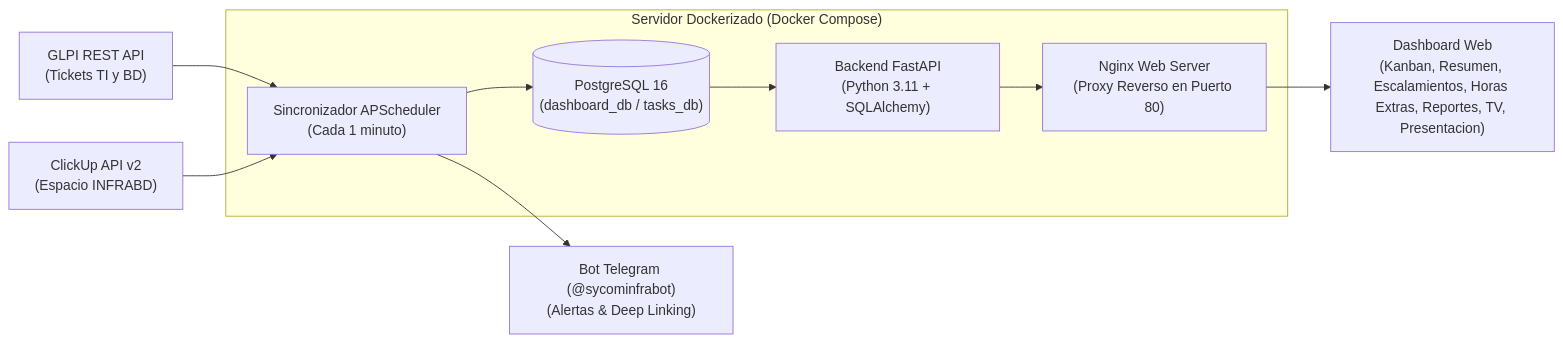
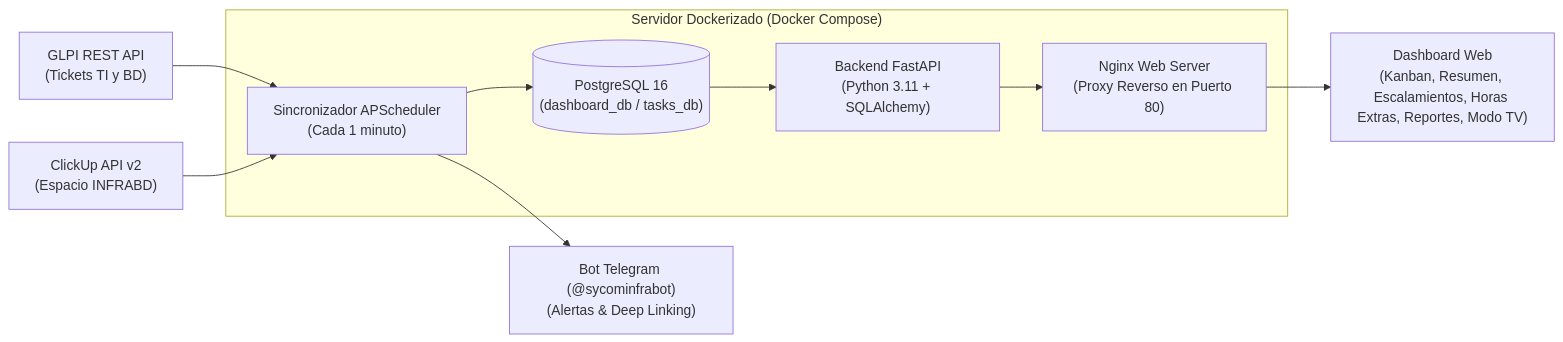
The diagram in README.md (JuanFZ/infra-agenda), drawn with Mermaid before and after one commit. The commit also changed other lines of this file and 4 other files, not shown here.

````diff
--- a/README.md
+++ b/README.md
@@ -32,14 +31,14 @@
 ```mermaid
 flowchart LR
     GLPI["GLPI REST API<br>(Tickets TI y BD)"] --> SYNC
     CU["ClickUp API v2<br>(Espacio INFRABD)"] --> SYNC
     
     subgraph Docker ["Servidor Dockerizado (Docker Compose)"]
         SYNC["Sincronizador APScheduler<br>(Cada 1 minuto)"] --> DB[("PostgreSQL 16<br>(dashboard_db / tasks_db)")]
         DB --> API["Backend FastAPI<br>(Python 3.11 + SQLAlchemy)"]
         API --> NGINX["Nginx Web Server<br>(Proxy Reverso en Puerto 80)"]
     end
     
     SYNC --> TG["Bot Telegram (@sycominfrabot)<br>(Alertas & Deep Linking)"]
-    NGINX --> DASH["Dashboard Web<br>(Kanban, Resumen, Escalamientos, Horas Extras, Reportes, TV, Presentacion)"]
+    NGINX --> DASH["Dashboard Web<br>(Kanban, Resumen, Escalamientos, Horas Extras, Reportes, Modo TV)"]
 ```
````
